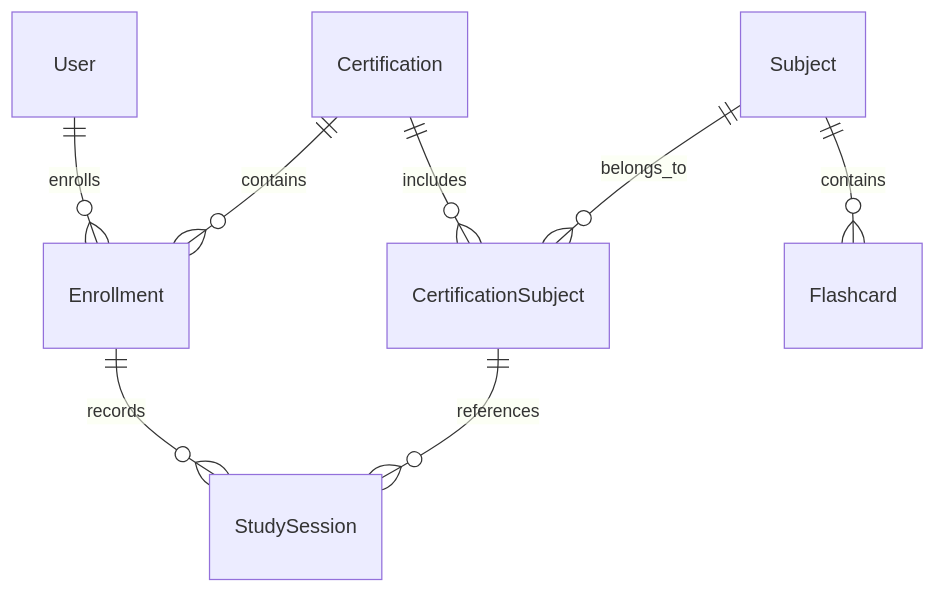
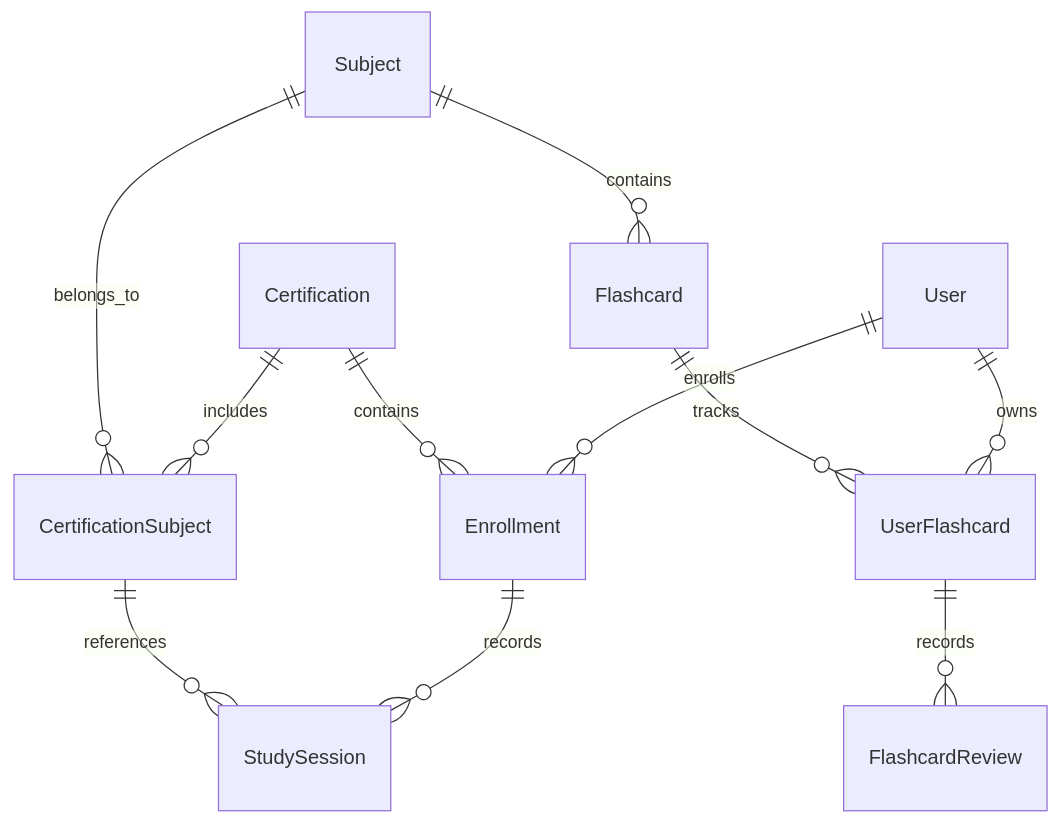
The diagram in docs/architecture.md (DiegoBarth/pilot-path), drawn with Mermaid before and after one commit. The commit also changed other lines of this file and 21 other files, not shown here.

Commit message:
feat(flashcards): add flashcard review tracking (#18)

````diff
--- a/docs/architecture.md
+++ b/docs/architecture.md
@@ -162,17 +163,23 @@
 ```mermaid
 erDiagram
 
     User ||--o{ Enrollment : enrolls
 
     Certification ||--o{ Enrollment : contains
 
     Certification ||--o{ CertificationSubject : includes
 
     Subject ||--o{ CertificationSubject : belongs_to
 
-    Subject ||--o{ Flashcard : contains
-
     Enrollment ||--o{ StudySession : records
 
     CertificationSubject ||--o{ StudySession : references
+
+    Subject ||--o{ Flashcard : contains
+
+    User ||--o{ UserFlashcard : owns
+
+    Flashcard ||--o{ UserFlashcard : tracks
+
+    UserFlashcard ||--o{ FlashcardReview : records
 ```
````
